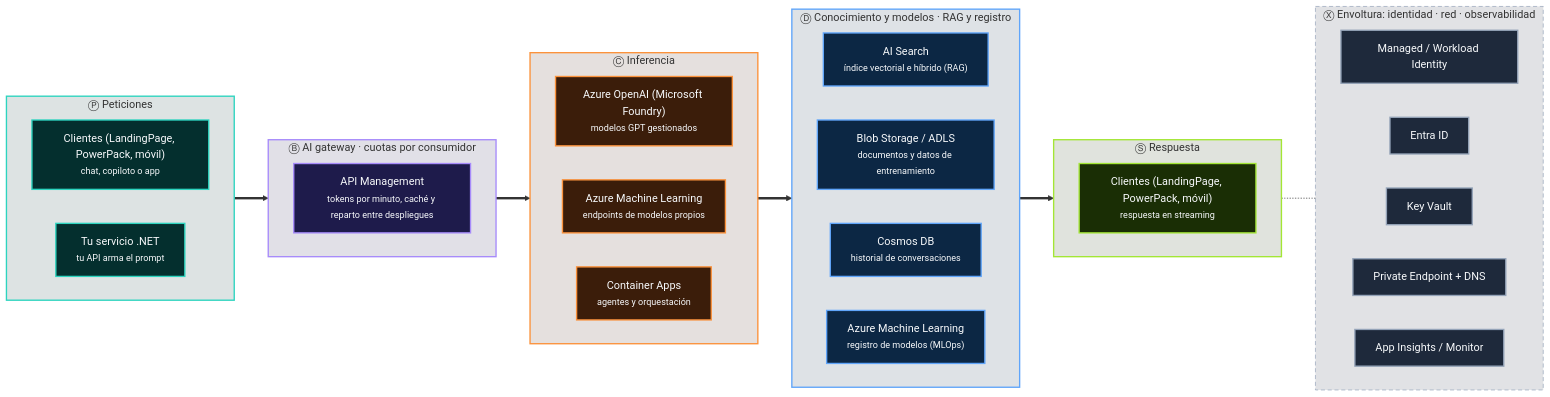
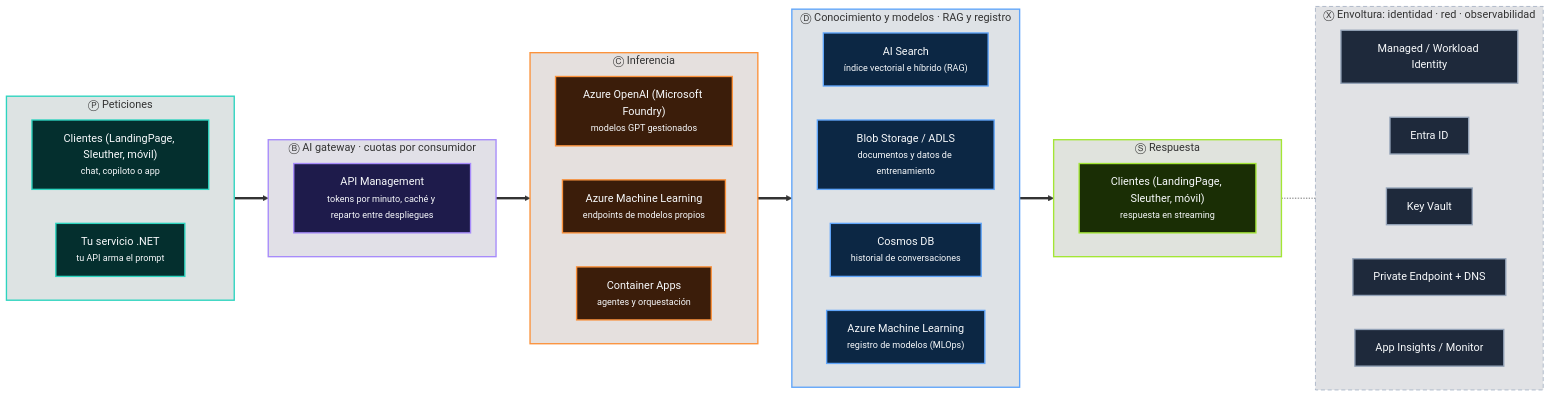
Before and after one commit to CristianSifuentes/QuickTheoryNET: diagram 12 of 13 in docs/11-trece-arquitecturas-como-frases.md, drawn with Mermaid. The commit also changed other lines of this file and 17 other files, not shown here.

First line of the commit message:
Rename the PowerPack project to Sleuther

````diff
--- a/docs/11-trece-arquitecturas-como-frases.md
+++ b/docs/11-trece-arquitecturas-como-frases.md
@@ -1128,54 +1128,54 @@
 ```mermaid
 flowchart LR
     subgraph L0["Ⓟ Peticiones"]
         direction LR
-        L0_0["Clientes (LandingPage, PowerPack, móvil)<br/><small>chat, copiloto o app</small>"]:::P
+        L0_0["Clientes (LandingPage, Sleuther, móvil)<br/><small>chat, copiloto o app</small>"]:::P
         L0_1["Tu servicio .NET<br/><small>tu API arma el prompt</small>"]:::P
     end
     style L0 fill:#042F2E22,stroke:#2DD4BF,stroke-width:2px
     subgraph L1["Ⓑ AI gateway · cuotas por consumidor"]
         direction LR
         L1_0["API Management<br/><small>tokens por minuto, caché y reparto entre despliegues</small>"]:::B
     end
     style L1 fill:#1E1B4B22,stroke:#A78BFA,stroke-width:2px
     subgraph L2["Ⓒ Inferencia"]
         direction LR
         L2_0["Azure OpenAI (Microsoft Foundry)<br/><small>modelos GPT gestionados</small>"]:::C
         L2_1["Azure Machine Learning<br/><small>endpoints de modelos propios</small>"]:::C
         L2_2["Container Apps<br/><small>agentes y orquestación</small>"]:::C
     end
     style L2 fill:#3B1D0A22,stroke:#FB923C,stroke-width:2px
     subgraph L3["Ⓓ Conocimiento y modelos · RAG y registro"]
         direction LR
         L3_0["AI Search<br/><small>índice vectorial e híbrido (RAG)</small>"]:::D
         L3_1["Blob Storage / ADLS<br/><small>documentos y datos de entrenamiento</small>"]:::D
         L3_2["Cosmos DB<br/><small>historial de conversaciones</small>"]:::D
         L3_3["Azure Machine Learning<br/><small>registro de modelos (MLOps)</small>"]:::D
     end
     style L3 fill:#0C274422,stroke:#60A5FA,stroke-width:2px
     subgraph L4["Ⓢ Respuesta"]
         direction LR
-        L4_0["Clientes (LandingPage, PowerPack, móvil)<br/><small>respuesta en streaming</small>"]:::S
+        L4_0["Clientes (LandingPage, Sleuther, móvil)<br/><small>respuesta en streaming</small>"]:::S
     end
     style L4 fill:#1A2E0522,stroke:#A3E635,stroke-width:2px
     L0 ==> L1
     L1 ==> L2
     L2 ==> L3
     L3 ==> L4
     subgraph XX["Ⓧ Envoltura: identidad · red · observabilidad"]
         direction LR
         X0["Managed / Workload Identity"]:::X
         X1["Entra ID"]:::X
         X2["Key Vault"]:::X
         X3["Private Endpoint + DNS"]:::X
         X4["App Insights / Monitor"]:::X
     end
     style XX fill:#1E293B22,stroke:#94A3B8,stroke-dasharray:6 4
     L4 -.- XX
     classDef P fill:#042F2E,stroke:#2DD4BF,color:#F8FAFC,stroke-width:2px
     classDef B fill:#1E1B4B,stroke:#A78BFA,color:#F8FAFC,stroke-width:2px
     classDef C fill:#3B1D0A,stroke:#FB923C,color:#F8FAFC,stroke-width:2px
     classDef D fill:#0C2744,stroke:#60A5FA,color:#F8FAFC,stroke-width:2px
     classDef S fill:#1A2E05,stroke:#A3E635,color:#F8FAFC,stroke-width:2px
     classDef X fill:#1E293B,stroke:#94A3B8,color:#F8FAFC,stroke-width:2px
 ```
````
